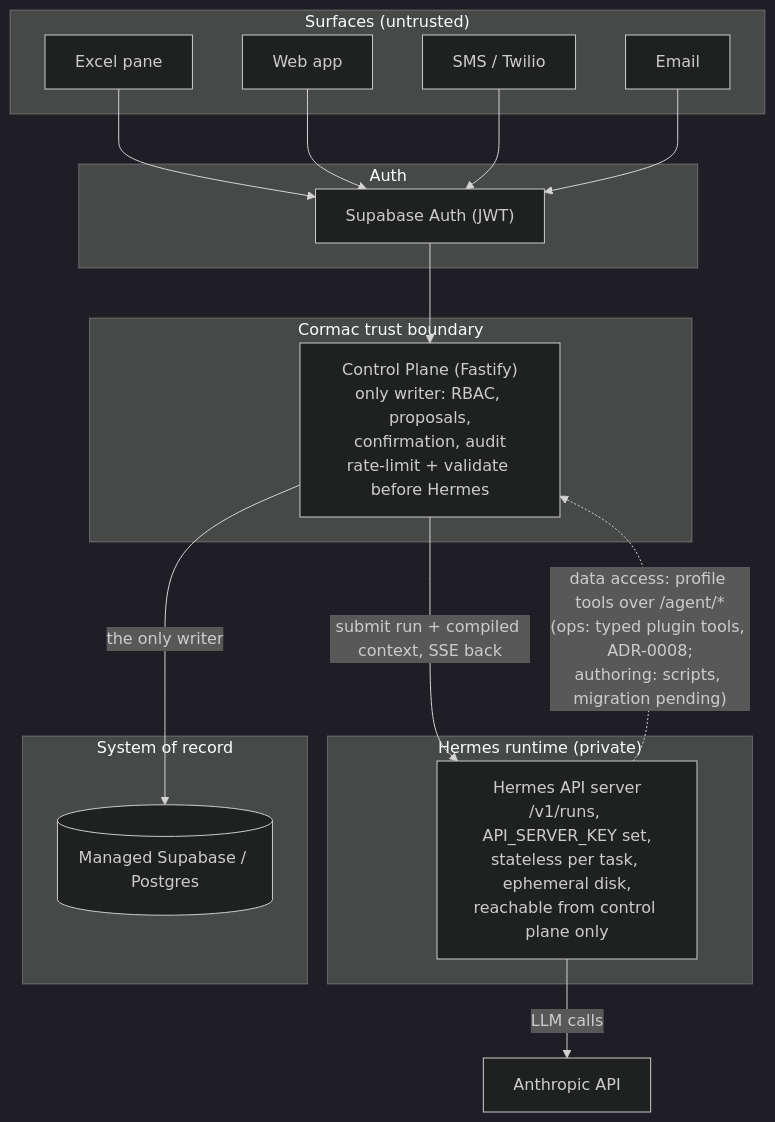
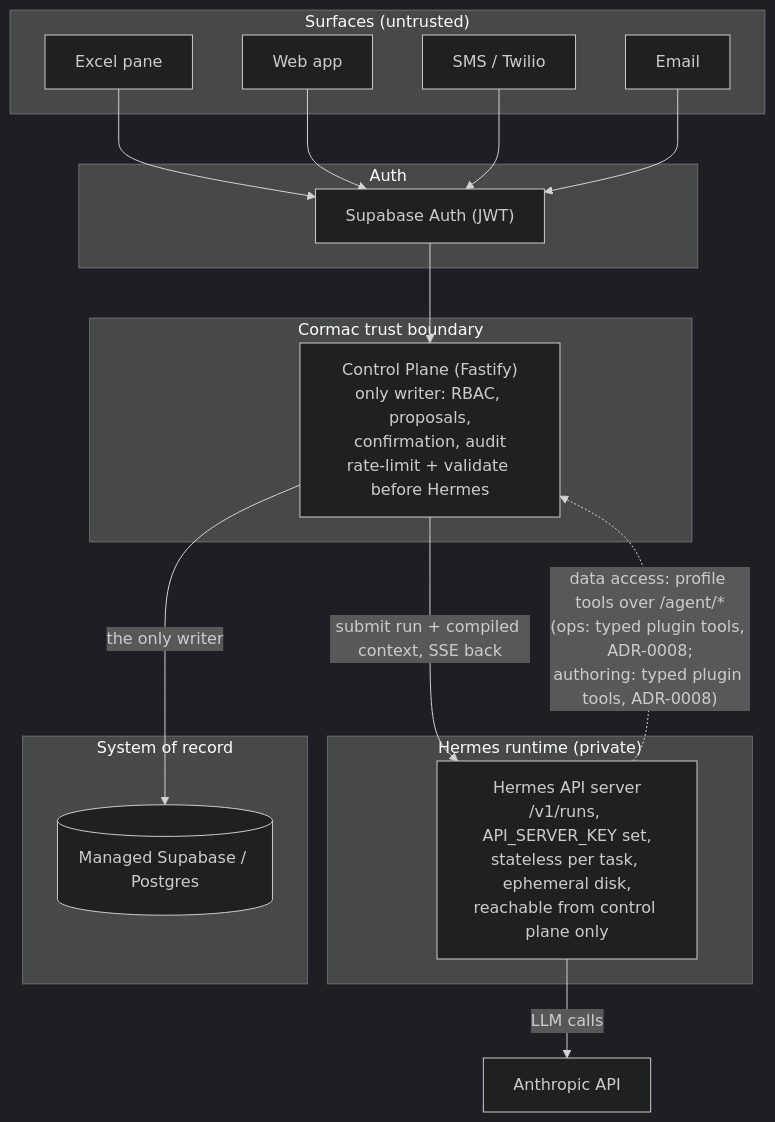
Before and after one commit to Serenica-Digital/Cormac: the diagram in .jarvis/prd/architecture.md, drawn with Mermaid (dark theme). The commit also changed other lines of this file and 3 other files, not shown here.

First line of the commit message:
PM review 2026-07-08: PRD current on authoring hardening; ADR-0008 amended (keep-skills posture); Hermes hardening mechanics to research

````diff
--- a/.jarvis/prd/architecture.md
+++ b/.jarvis/prd/architecture.md
@@ -10,34 +10,34 @@
 ```mermaid
 flowchart TB
   subgraph surfaces["Surfaces (untrusted)"]
     excel["Excel pane"]
     web["Web app"]
     sms["SMS / Twilio"]
     email["Email"]
   end
 
   subgraph auth["Auth"]
     supaAuth["Supabase Auth (JWT)"]
   end
 
   subgraph ours["Cormac trust boundary"]
     cp["Control Plane (Fastify)<br/>only writer: RBAC, proposals,<br/>confirmation, audit<br/>rate-limit + validate before Hermes"]
   end
 
   subgraph runtime["Hermes runtime (private)"]
     hermes["Hermes API server<br/>/v1/runs, API_SERVER_KEY set,<br/>stateless per task, ephemeral disk,<br/>reachable from control plane only"]
   end
 
   subgraph data["System of record"]
     db[("Managed Supabase / Postgres")]
   end
 
   model["Anthropic API"]
 
   excel & web & sms & email --> supaAuth
   supaAuth --> cp
   cp -->|"submit run + compiled context, SSE back"| hermes
   hermes -->|"LLM calls"| model
-  hermes -.->|"data access: profile tools over /agent/*<br/>(ops: typed plugin tools, ADR-0008;<br/>authoring: scripts, migration pending)"| cp
+  hermes -.->|"data access: profile tools over /agent/*<br/>(ops: typed plugin tools, ADR-0008;<br/>authoring: typed plugin tools, ADR-0008)"| cp
   cp -->|"the only writer"| db
 ```
````
